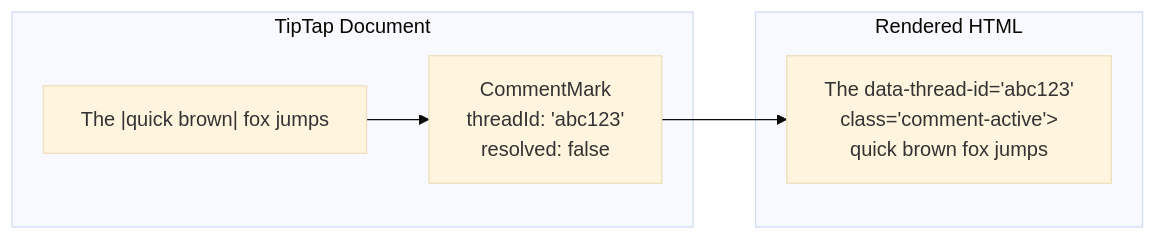
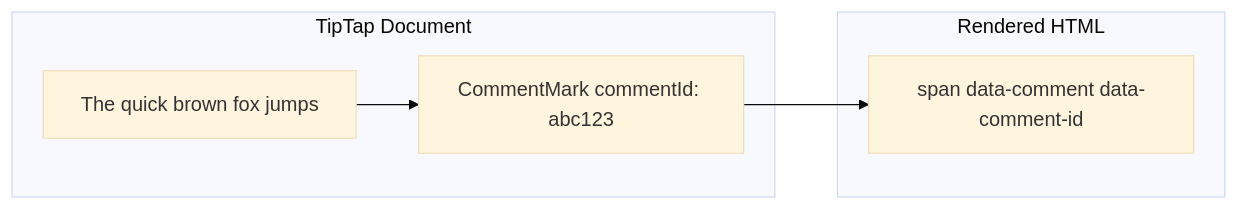
The diagram in docs/planStep03_6Comments/02-comment-mark.md (crs48/xNet), drawn with Mermaid (base theme) before and after one commit. The commit also changed other lines of this file and 8 other files, not shown here.

````diff
--- a/docs/planStep03_6Comments/02-comment-mark.md
+++ b/docs/planStep03_6Comments/02-comment-mark.md
@@ -12,13 +14,13 @@
 ```mermaid
 flowchart LR
-    subgraph "TipTap Document"
-        TEXT["The |quick brown| fox jumps"]
-        MARK["CommentMark<br/>threadId: 'abc123'<br/>resolved: false"]
+    subgraph TipTap_Document[TipTap Document]
+        TEXT[The quick brown fox jumps]
+        MARK[CommentMark commentId: abc123]
     end
 
-    subgraph "Rendered HTML"
-        HTML["The <span data-comment<br/>data-thread-id='abc123'<br/>class='comment-active'><br/>quick brown</span> fox jumps"]
+    subgraph Rendered_HTML[Rendered HTML]
+        HTML[span data-comment data-comment-id]
     end
 
     TEXT --> MARK --> HTML
 ```
````
